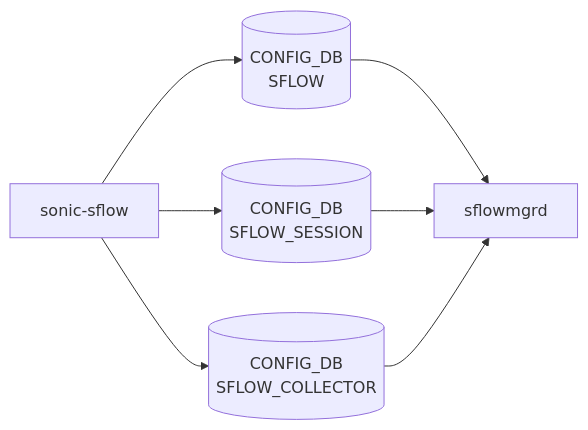
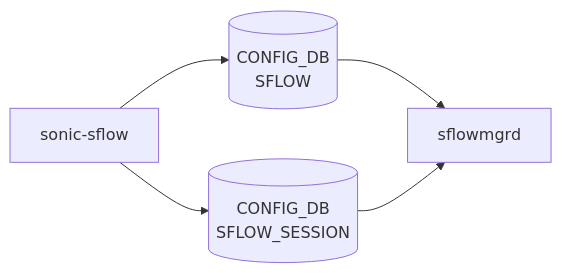
One commit to aoki-taquan/sonic-unofficial-docs changed the diagram in docs/reference/yang/sonic-sflow.md. Above: the diagram before and after it, drawn with Mermaid. The commit also changed 6 other files, not shown here.

````diff
--- a/docs/reference/yang/sonic-sflow.md
+++ b/docs/reference/yang/sonic-sflow.md
@@ -32,14 +32,11 @@
 ```mermaid
 flowchart LR
   Y["sonic-sflow"]
   C1[("CONFIG_DB<br/>SFLOW")]
   Y --> C1
   D1["sflowmgrd"]
   C1 --> D1
   C2[("CONFIG_DB<br/>SFLOW_SESSION")]
   Y --> C2
   C2 --> D1
-  C3[("CONFIG_DB<br/>SFLOW_COLLECTOR")]
-  Y --> C3
-  C3 --> D1
 ```
````
